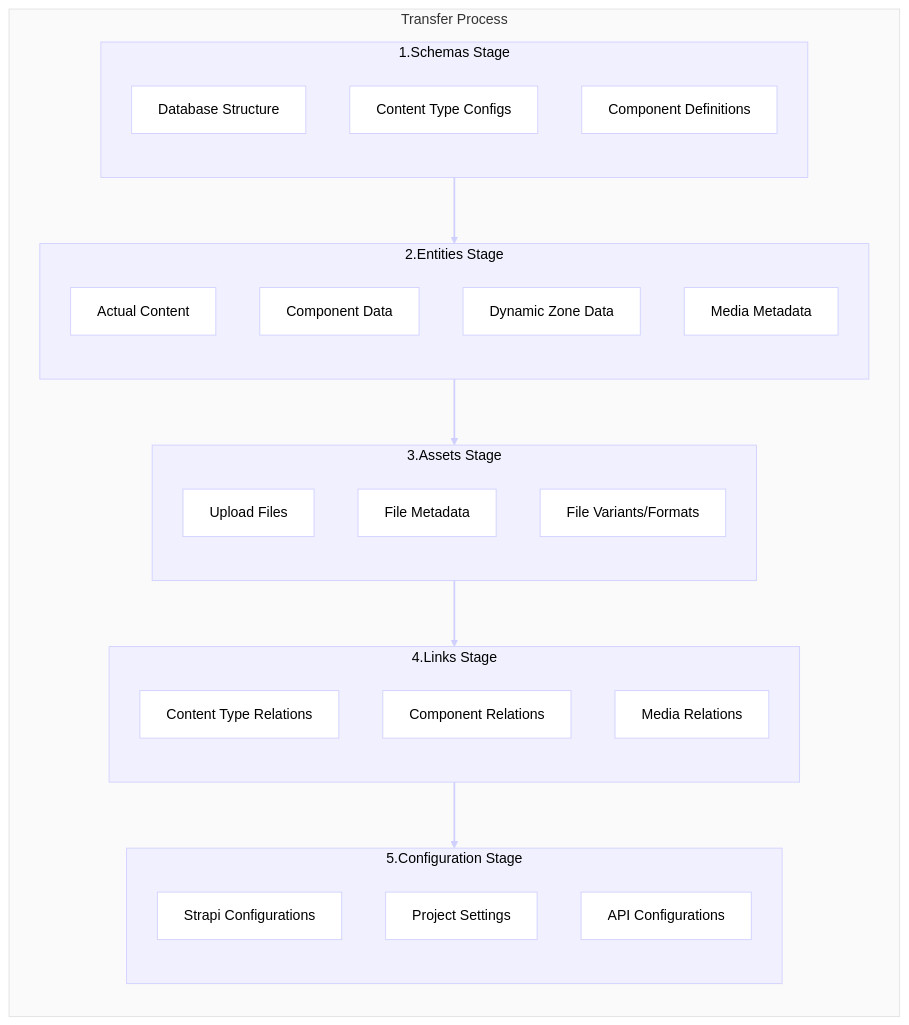
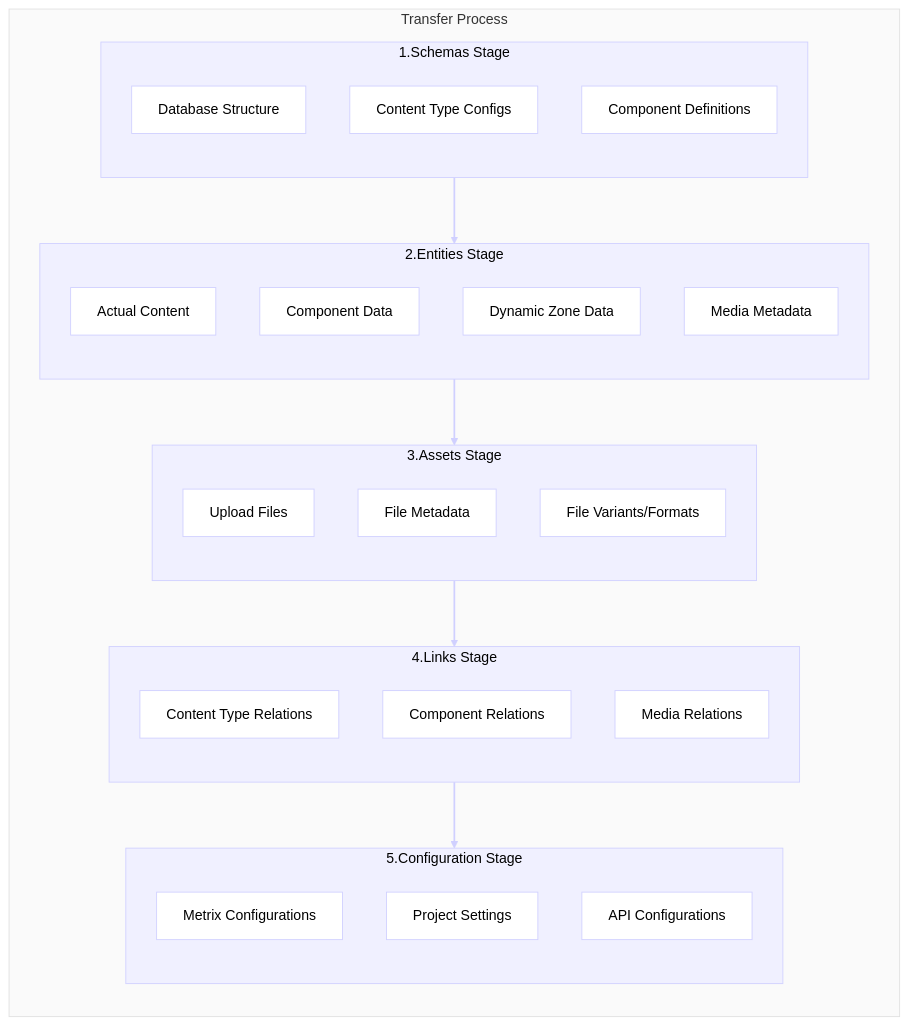
One commit to Metrix-Labs/metrix changed the first of 5 diagrams in docs/docs/docs/01-core/data-transfer/01-engine/02-stream-lifecycle.mdx. Above: the diagram before and after it, drawn with Mermaid. The commit also changed other lines of this file and 2872 other files, not shown here.

Commit message:
Rename Strapi → Metrix: FS moves, packages, code and docs; add codemods and rename scripts

````diff
--- a/docs/docs/docs/01-core/data-transfer/01-engine/02-stream-lifecycle.mdx
+++ b/docs/docs/docs/01-core/data-transfer/01-engine/02-stream-lifecycle.mdx
@@ -14,57 +14,57 @@
 ```mermaid
 flowchart LR
     subgraph Process["Transfer Process"]
         subgraph S1["1.Schemas Stage"]
             direction TB
             DB["Database Structure"]
             CT["Content Type Configs"]
             CD["Component Definitions"]
         end
 
         subgraph S2["2.Entities Stage"]
             direction TB
             AC["Actual Content"]
             CoD["Component Data"]
             DZ["Dynamic Zone Data"]
             MM["Media Metadata"]
         end
 
         subgraph S3["3.Assets Stage"]
             direction TB
             UF["Upload Files"]
             FM["File Metadata"]
             FV["File Variants/Formats"]
         end
 
         subgraph S4["4.Links Stage"]
             direction TB
             CTR["Content Type Relations"]
             CR["Component Relations"]
             MR["Media Relations"]
         end
 
         subgraph S5["5.Configuration Stage"]
             direction TB
-            SC["Strapi Configurations"]
+            SC["Metrix Configurations"]
             PS["Project Settings"]
             AC2["API Configurations"]
         end
 
         S1 ==> S2
         S2 ==> S3
         S3 ==> S4
         S4 ==> S5
     end
 
     %% Styling
     classDef stageClass fill:#f0f0ff,stroke:#d0d0ff,color:black
     classDef itemClass fill:white,stroke:#d0d0ff,color:black
     classDef processClass fill:#fafafa,stroke:#e0e0e0
 
     class S1,S2,S3,S4,S5 stageClass
     class DB,CT,CD,AC,CoD,DZ,MM,UF,FM,FV,CTR,CR,MR,SC,PS,AC2 itemClass
     class Process processClass
 
     %% Link styling
     linkStyle 0,1,2,3 stroke:#d0d0ff,stroke-width:2px
 ```
````
